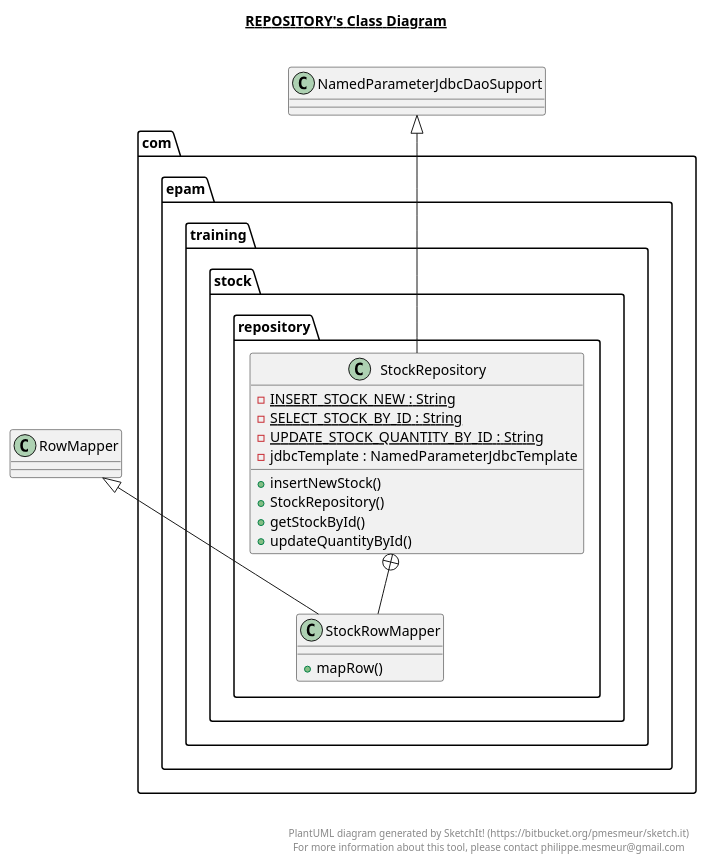
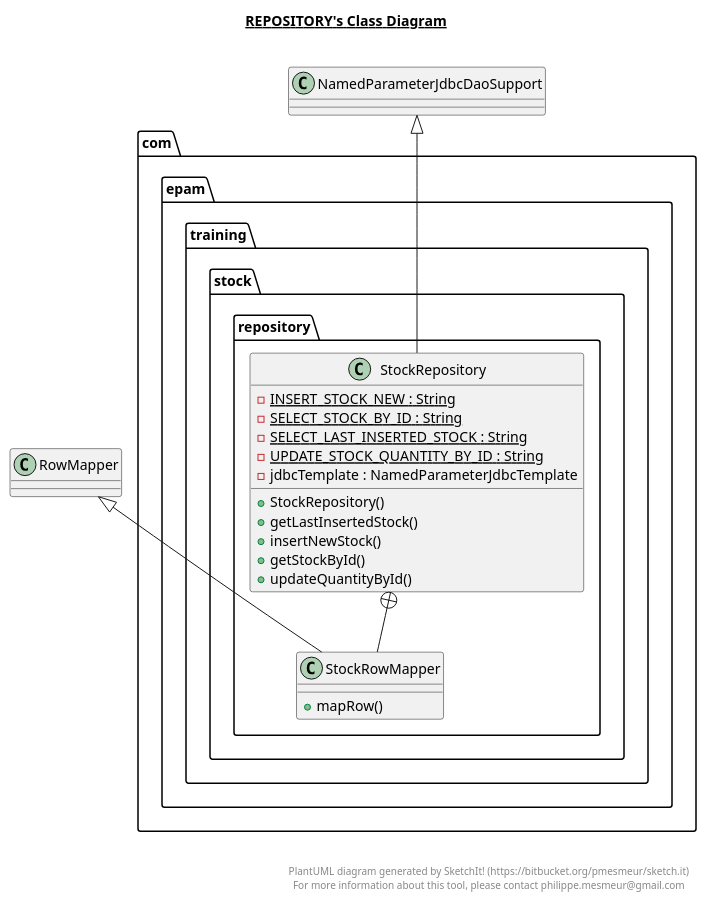
The diagram in src/main/java/com/epam/training/stock/repository/repository.plantuml (nik-nenkov/tutoring-rest-api-with-java), drawn with PlantUML before and after one commit. The commit also changed 28 other files, not shown here.

```diff
--- a/src/main/java/com/epam/training/stock/repository/repository.plantuml
+++ b/src/main/java/com/epam/training/stock/repository/repository.plantuml
@@ -1,42 +1,44 @@
 @startuml
 
 title __REPOSITORY's Class Diagram__\n
 
   package com.epam.training.stock {
     package com.epam.training.stock.repository {
       class StockRepository {
           {static} - INSERT_STOCK_NEW : String
           {static} - SELECT_STOCK_BY_ID : String
+          {static} - SELECT_LAST_INSERTED_STOCK : String
           {static} - UPDATE_STOCK_QUANTITY_BY_ID : String
           - jdbcTemplate : NamedParameterJdbcTemplate
+          + StockRepository()
+          + getLastInsertedStock()
           + insertNewStock()
-          + StockRepository()
           + getStockById()
           + updateQuantityById()
       }
     }
   }
   
 
   package com.epam.training.stock {
     package com.epam.training.stock.repository {
       class StockRowMapper {
           + mapRow()
       }
     }
   }
   
 
   StockRepository -up-|> NamedParameterJdbcDaoSupport
   StockRepository +-down- StockRowMapper
   StockRowMapper -up-|> RowMapper
 
 
 right footer
 
 
 PlantUML diagram generated by SketchIt! (https://bitbucket.org/pmesmeur/sketch.it)
 For more information about this tool, please contact philippe.mesmeur@gmail.com
 endfooter
 
 @enduml
```
